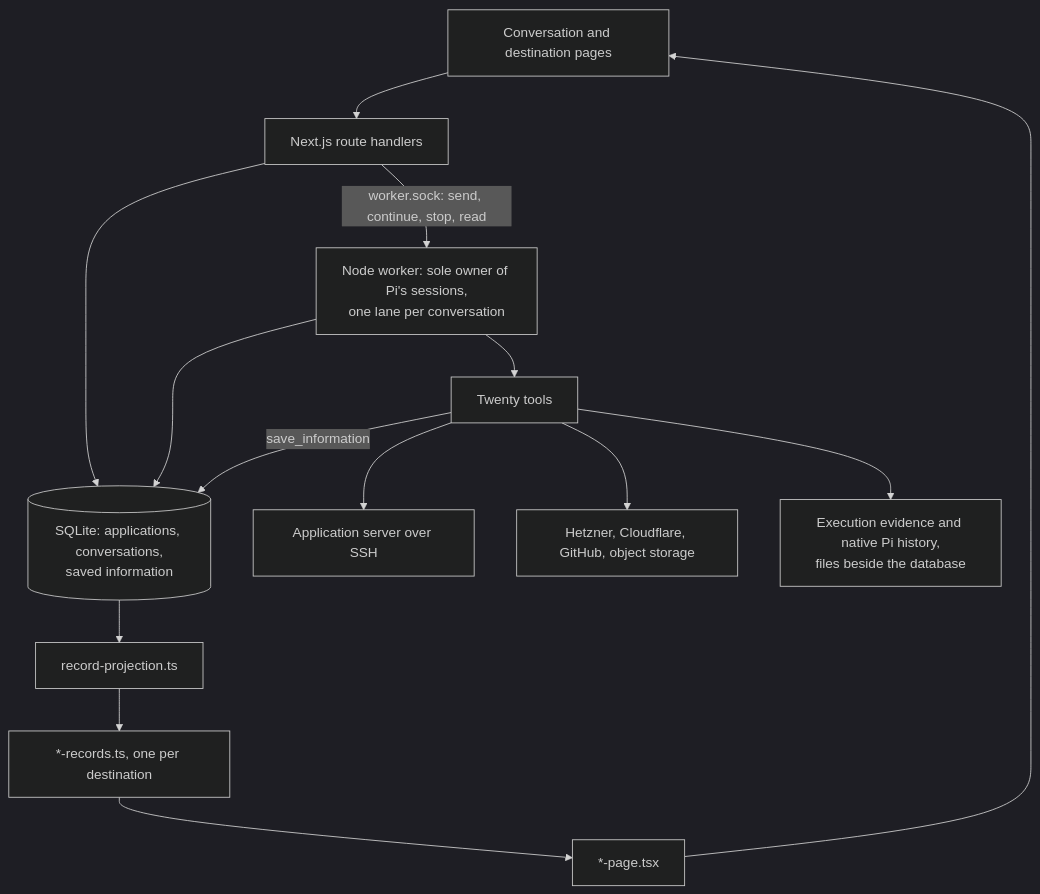
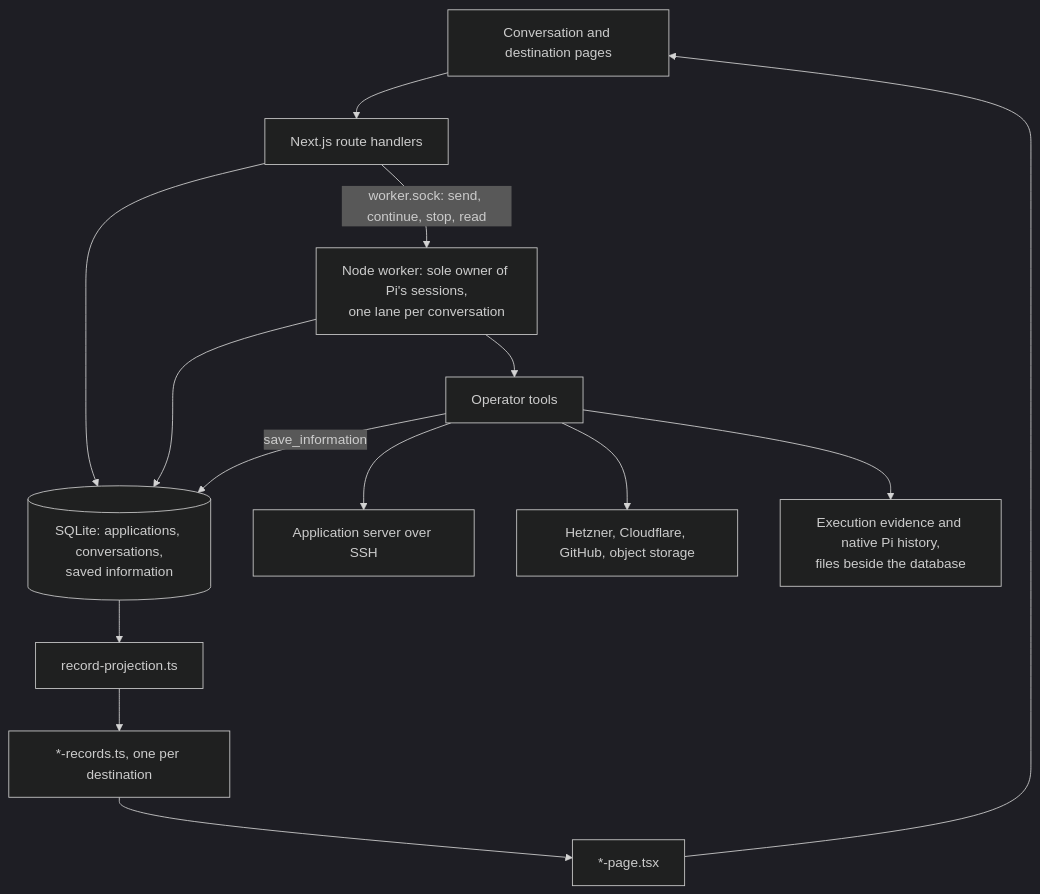
Before and after one commit to lustoykov/hallvi: the first of 3 diagrams in docs/architecture.md, drawn with Mermaid (dark theme). The commit also changed other lines of this file and 13 other files, not shown here.

Commit message:
Add a living architecture learning dashboard

````diff
--- a/docs/architecture.md
+++ b/docs/architecture.md
@@ -23,16 +23,16 @@
 ```mermaid
 flowchart TD
     UI[Conversation and destination pages] --> API[Next.js route handlers]
     API --> DB[(SQLite: applications, conversations,<br/>saved information)]
     API -->|worker.sock: send, continue, stop, read| Worker
     Worker[Node worker: sole owner of Pi's sessions,<br/>one lane per conversation] --> DB
-    Worker --> Tools[Twenty tools]
+    Worker --> Tools[Operator tools]
     Tools --> Host[Application server over SSH]
     Tools --> Providers[Hetzner, Cloudflare, GitHub, object storage]
     Tools -->|save_information| DB
     Tools --> Files[Execution evidence and native Pi history,<br/>files beside the database]
     DB --> Projection[record-projection.ts]
     Projection --> Records[*-records.ts, one per destination]
     Records --> Pages[*-page.tsx]
     Pages --> UI
 ```
````
